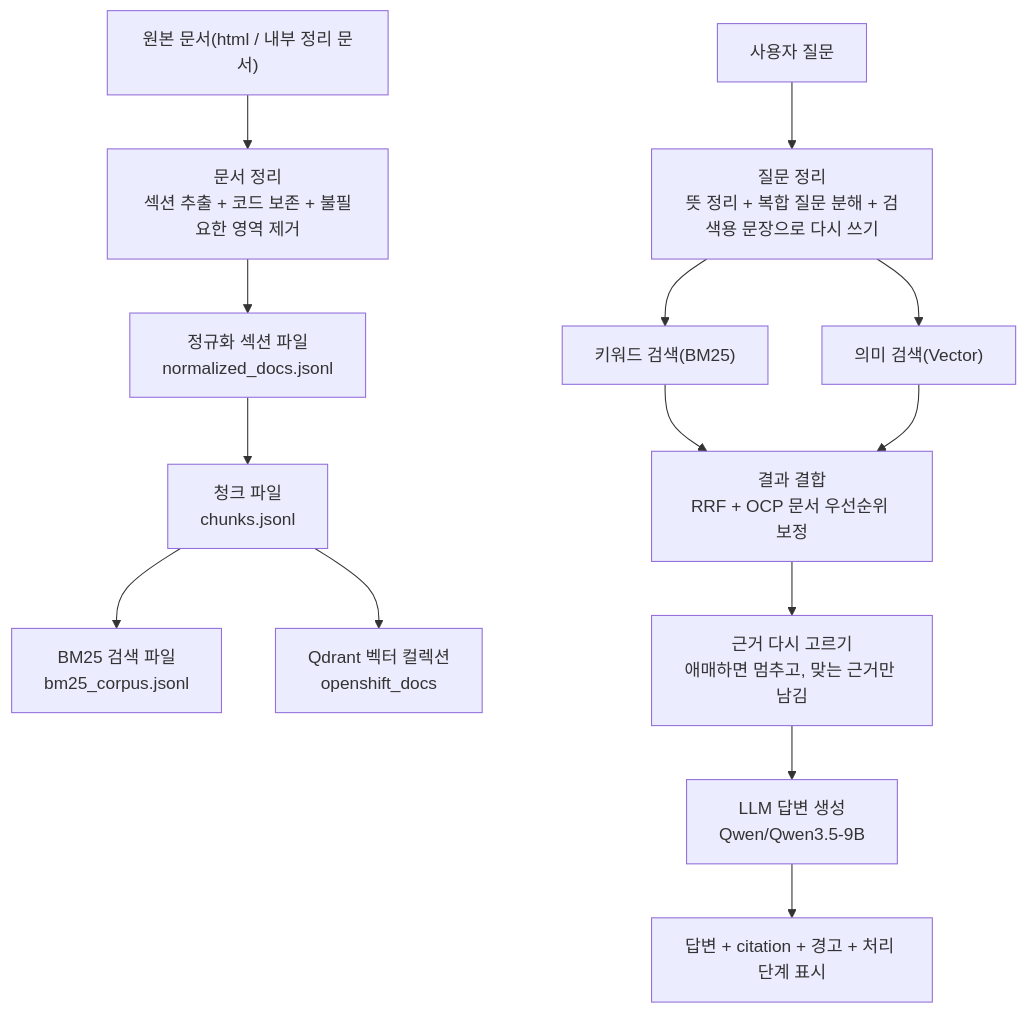
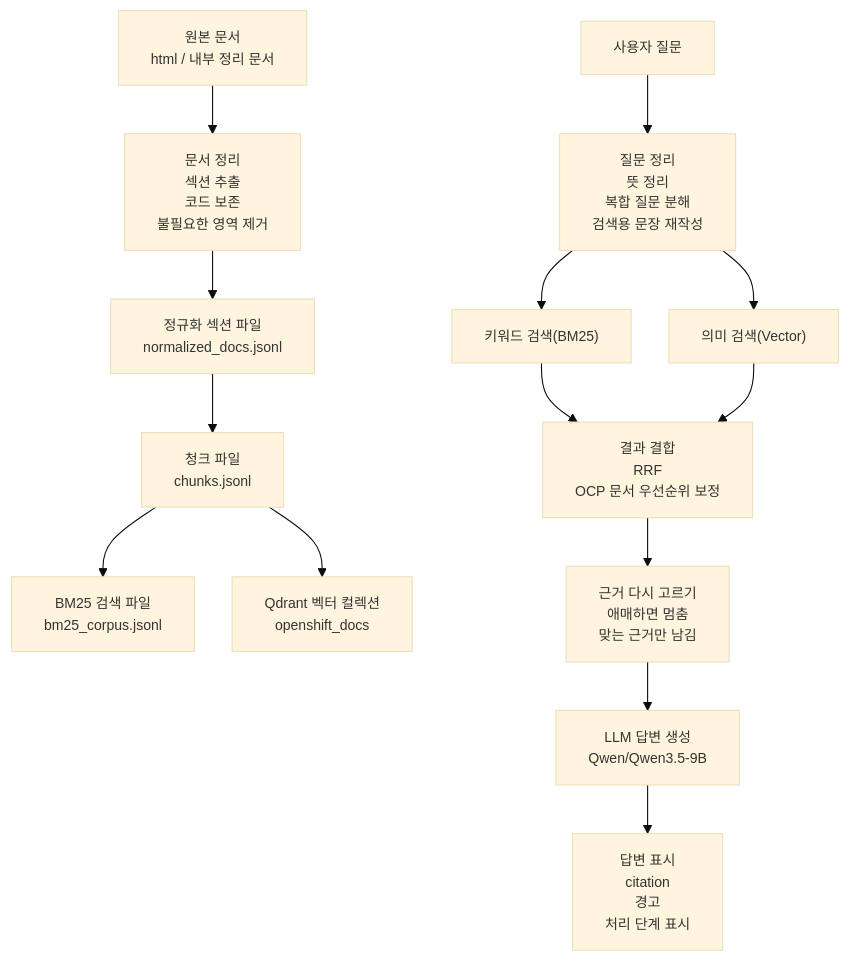
Before and after one commit to souluk319/ocp-rag-chatbot: the diagram in README.md, drawn with Mermaid. The commit also changed other lines of this file and 31 other files, not shown here.

Commit message:
feat: build knowledge platform mvp intake flow

````diff
--- a/README.md
+++ b/README.md
@@ -110,16 +110,17 @@
 ```mermaid
+%%{init: {'theme': 'base', 'themeVariables': {'fontSize': '13px'}, 'flowchart': {'htmlLabels': true, 'nodeSpacing': 35, 'rankSpacing': 45}} }%%
 flowchart TD
-    A["원본 문서(html / 내부 정리 문서)"] --> B["문서 정리<br/>섹션 추출 + 코드 보존 + 불필요한 영역 제거"]
+    A["원본 문서<br/>html / 내부 정리 문서"] --> B["문서 정리<br/>섹션 추출<br/>코드 보존<br/>불필요한 영역 제거"]
     B --> C["정규화 섹션 파일<br/>normalized_docs.jsonl"]
     C --> D["청크 파일<br/>chunks.jsonl"]
     D --> E["BM25 검색 파일<br/>bm25_corpus.jsonl"]
     D --> F["Qdrant 벡터 컬렉션<br/>openshift_docs"]
-    G["사용자 질문"] --> H["질문 정리<br/>뜻 정리 + 복합 질문 분해 + 검색용 문장으로 다시 쓰기"]
+    G["사용자 질문"] --> H["질문 정리<br/>뜻 정리<br/>복합 질문 분해<br/>검색용 문장 재작성"]
     H --> I["키워드 검색(BM25)"]
     H --> J["의미 검색(Vector)"]
-    I --> K["결과 결합<br/>RRF + OCP 문서 우선순위 보정"]
+    I --> K["결과 결합<br/>RRF<br/>OCP 문서 우선순위 보정"]
     J --> K
-    K --> L["근거 다시 고르기<br/>애매하면 멈추고, 맞는 근거만 남김"]
+    K --> L["근거 다시 고르기<br/>애매하면 멈춤<br/>맞는 근거만 남김"]
     L --> M["LLM 답변 생성<br/>Qwen/Qwen3.5-9B"]
-    M --> N["답변 + citation + 경고 + 처리 단계 표시"]
+    M --> N["답변 표시<br/>citation<br/>경고<br/>처리 단계 표시"]
 ```
````
